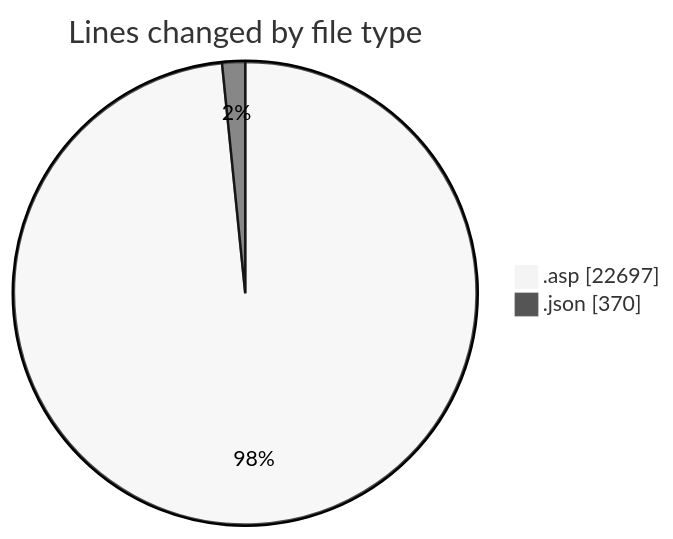
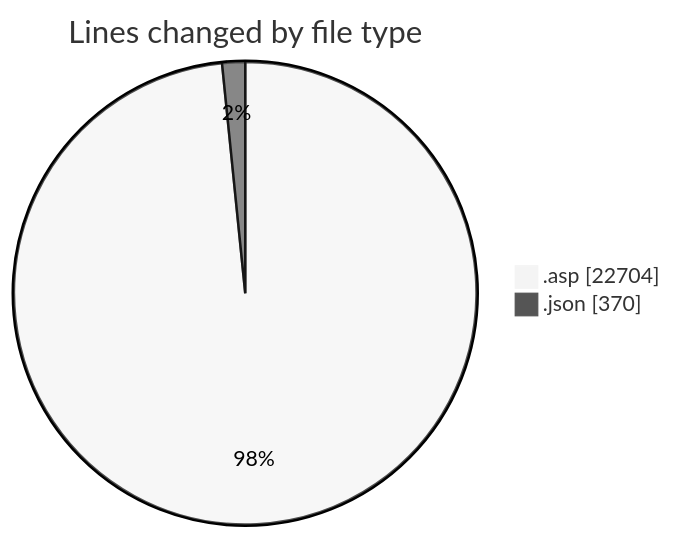
Before and after one commit to julien-gomy/code-tracking: the first of 2 diagrams in 2025-11-01/cdp_aleoudev_fr__workspace_/README.md, drawn with Mermaid (neutral theme). The commit also changed other lines of this file and 1 other file, not shown here.

````diff
--- a/2025-11-01/cdp_aleoudev_fr__workspace_/README.md
+++ b/2025-11-01/cdp_aleoudev_fr__workspace_/README.md
@@ -29,6 +29,6 @@
 ```mermaid
 pie showData
 title Lines changed by file type
-".asp" : 22697
+".asp" : 22704
 ".json" : 370
 ```
````
